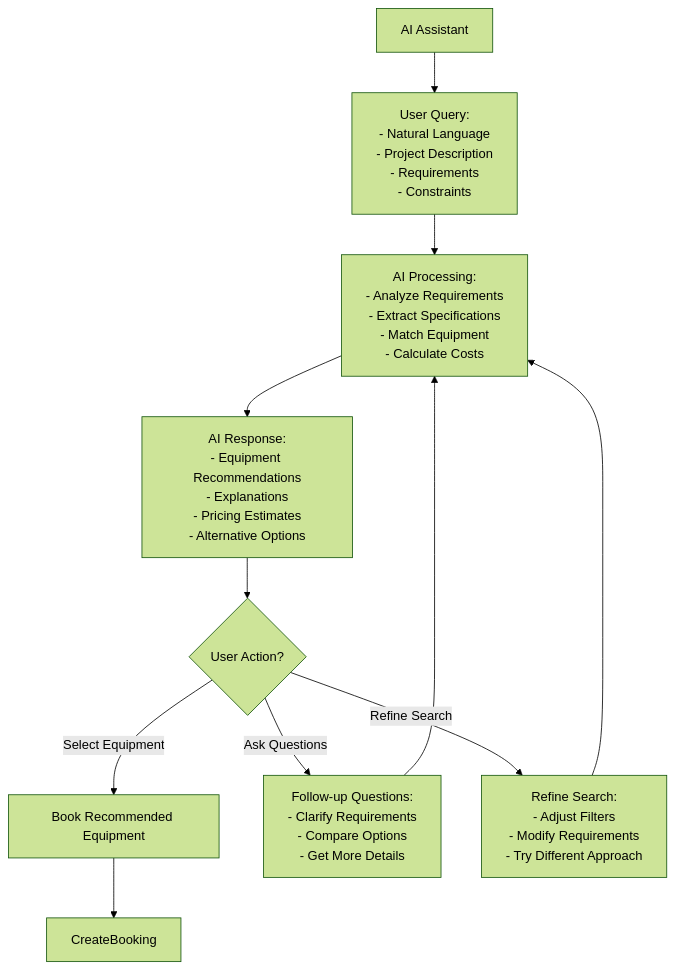
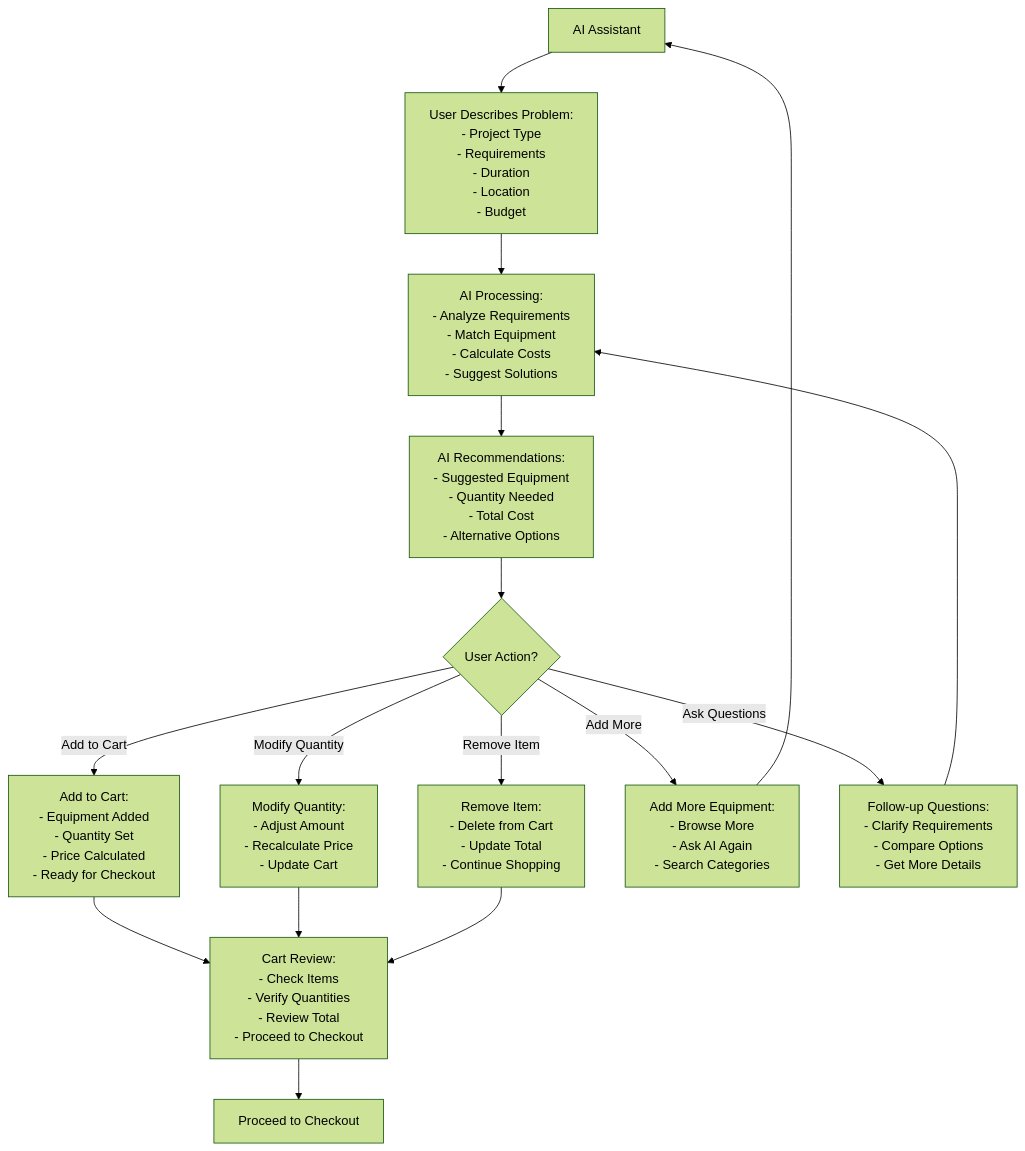
Diagram 13 of 15 in 04_User_Experience_Flows.md (engaotb/YARDR), drawn with Mermaid (forest theme) before and after one commit. The commit also changed other lines of this file, not shown here.

First line of the commit message:
Remove Smart Search & Filtering and In-App Communication sections

````diff
--- a/04_User_Experience_Flows.md
+++ b/04_User_Experience_Flows.md
@@ -405,17 +405,23 @@
 ```mermaid
 flowchart TD
-    AIAssistant[AI Assistant] --> UserQuery[User Query:<br/>- Natural Language<br/>- Project Description<br/>- Requirements<br/>- Constraints]
+    AIAssistant[AI Assistant] --> UserProblem[User Describes Problem:<br/>- Project Type<br/>- Requirements<br/>- Duration<br/>- Location<br/>- Budget]
     
-    UserQuery --> AIProcessing[AI Processing:<br/>- Analyze Requirements<br/>- Extract Specifications<br/>- Match Equipment<br/>- Calculate Costs]
+    UserProblem --> AIProcessing[AI Processing:<br/>- Analyze Requirements<br/>- Match Equipment<br/>- Calculate Costs<br/>- Suggest Solutions]
     
-    AIProcessing --> AIResponse[AI Response:<br/>- Equipment Recommendations<br/>- Explanations<br/>- Pricing Estimates<br/>- Alternative Options]
+    AIProcessing --> AIRecommendations[AI Recommendations:<br/>- Suggested Equipment<br/>- Quantity Needed<br/>- Total Cost<br/>- Alternative Options]
     
-    AIResponse --> UserAction{User Action?}
-    UserAction -->|Select Equipment| BookEquipment[Book Recommended Equipment]
+    AIRecommendations --> UserAction{User Action?}
+    UserAction -->|Add to Cart| AddToCart[Add to Cart:<br/>- Equipment Added<br/>- Quantity Set<br/>- Price Calculated<br/>- Ready for Checkout]
+    UserAction -->|Modify Quantity| ModifyQuantity[Modify Quantity:<br/>- Adjust Amount<br/>- Recalculate Price<br/>- Update Cart]
+    UserAction -->|Remove Item| RemoveItem[Remove Item:<br/>- Delete from Cart<br/>- Update Total<br/>- Continue Shopping]
+    UserAction -->|Add More| AddMore[Add More Equipment:<br/>- Browse More<br/>- Ask AI Again<br/>- Search Categories]
     UserAction -->|Ask Questions| FollowUpQuestions[Follow-up Questions:<br/>- Clarify Requirements<br/>- Compare Options<br/>- Get More Details]
-    UserAction -->|Refine Search| RefineSearch[Refine Search:<br/>- Adjust Filters<br/>- Modify Requirements<br/>- Try Different Approach]
     
+    AddToCart --> CartReview[Cart Review:<br/>- Check Items<br/>- Verify Quantities<br/>- Review Total<br/>- Proceed to Checkout]
+    ModifyQuantity --> CartReview
+    RemoveItem --> CartReview
+    AddMore --> AIAssistant
     FollowUpQuestions --> AIProcessing
-    RefineSearch --> AIProcessing
-    BookEquipment --> CreateBooking
+    
+    CartReview --> Checkout[Proceed to Checkout]
 ```
````
